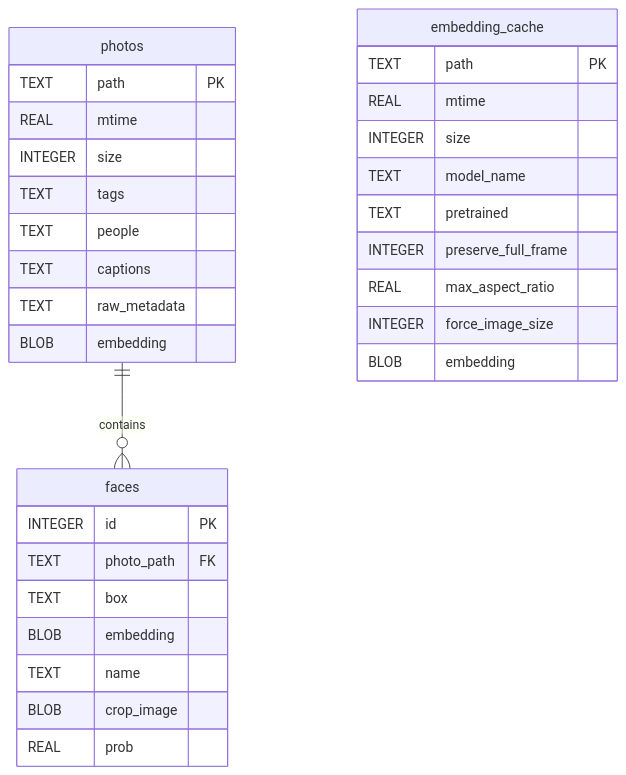
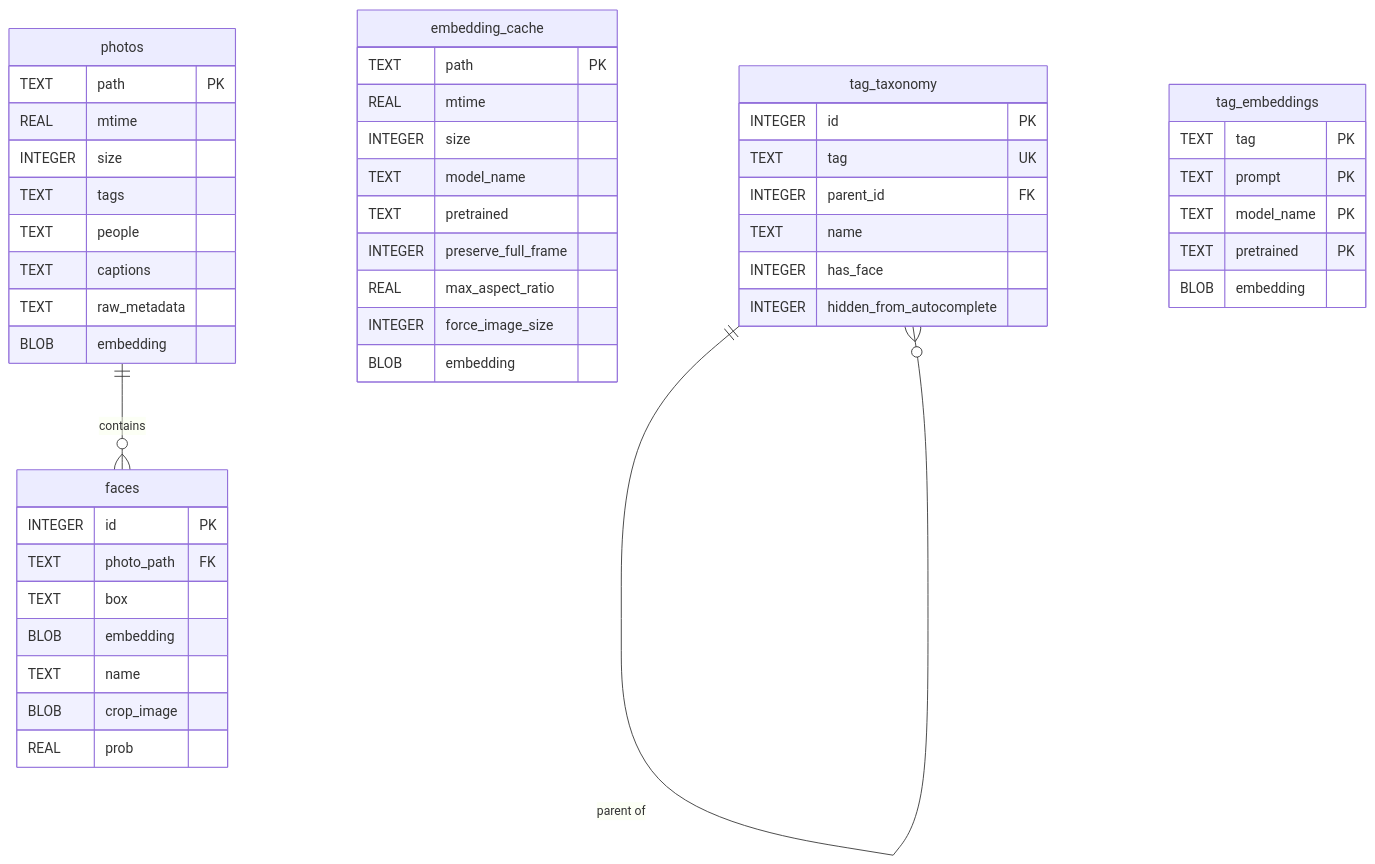
The first of 2 diagrams in DATABASE.md (Wizoi/TagPup), drawn with Mermaid before and after one commit. The commit also changed other lines of this file and 4 other files, not shown here.

````diff
--- a/DATABASE.md
+++ b/DATABASE.md
@@ -63,37 +86,55 @@
 ```mermaid
 erDiagram
     photos {
         TEXT path PK
         REAL mtime
         INTEGER size
         TEXT tags
         TEXT people
         TEXT captions
         TEXT raw_metadata
         BLOB embedding
     }
     
     faces {
         INTEGER id PK
         TEXT photo_path FK
         TEXT box
         BLOB embedding
         TEXT name
         BLOB crop_image
         REAL prob
     }
     
     embedding_cache {
         TEXT path PK
         REAL mtime
         INTEGER size
         TEXT model_name
         TEXT pretrained
         INTEGER preserve_full_frame
         REAL max_aspect_ratio
         INTEGER force_image_size
         BLOB embedding
     }
 
+    tag_taxonomy {
+        INTEGER id PK
+        TEXT tag UK
+        INTEGER parent_id FK
+        TEXT name
+        INTEGER has_face
+        INTEGER hidden_from_autocomplete
+    }
+
+    tag_embeddings {
+        TEXT tag PK
+        TEXT prompt PK
+        TEXT model_name PK
+        TEXT pretrained PK
+        BLOB embedding
+    }
+
     photos ||--o{ faces : "contains"
+    tag_taxonomy ||--o{ tag_taxonomy : "parent of"
 ```
````
